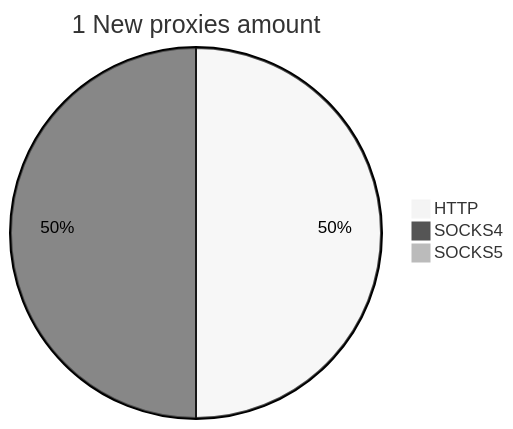
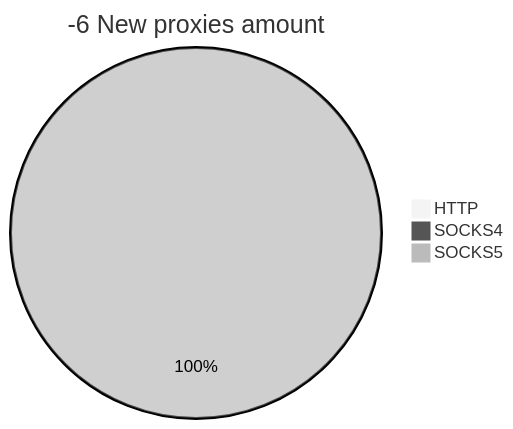
The second of 2 diagrams in README.md (cutipu/proxylist), drawn with Mermaid (neutral theme) before and after one commit. The commit also changed other lines of this file, not shown here.

````diff
--- a/README.md
+++ b/README.md
@@ -10,6 +10,6 @@
 ```mermaid
-pie title 1 New proxies amount
-    "HTTP" : 1
-    "SOCKS4" : 1
-    "SOCKS5" : 0
+pie title -6 New proxies amount
+    "HTTP" : 0
+    "SOCKS4" : 0
+    "SOCKS5" : 2
 ```
````
